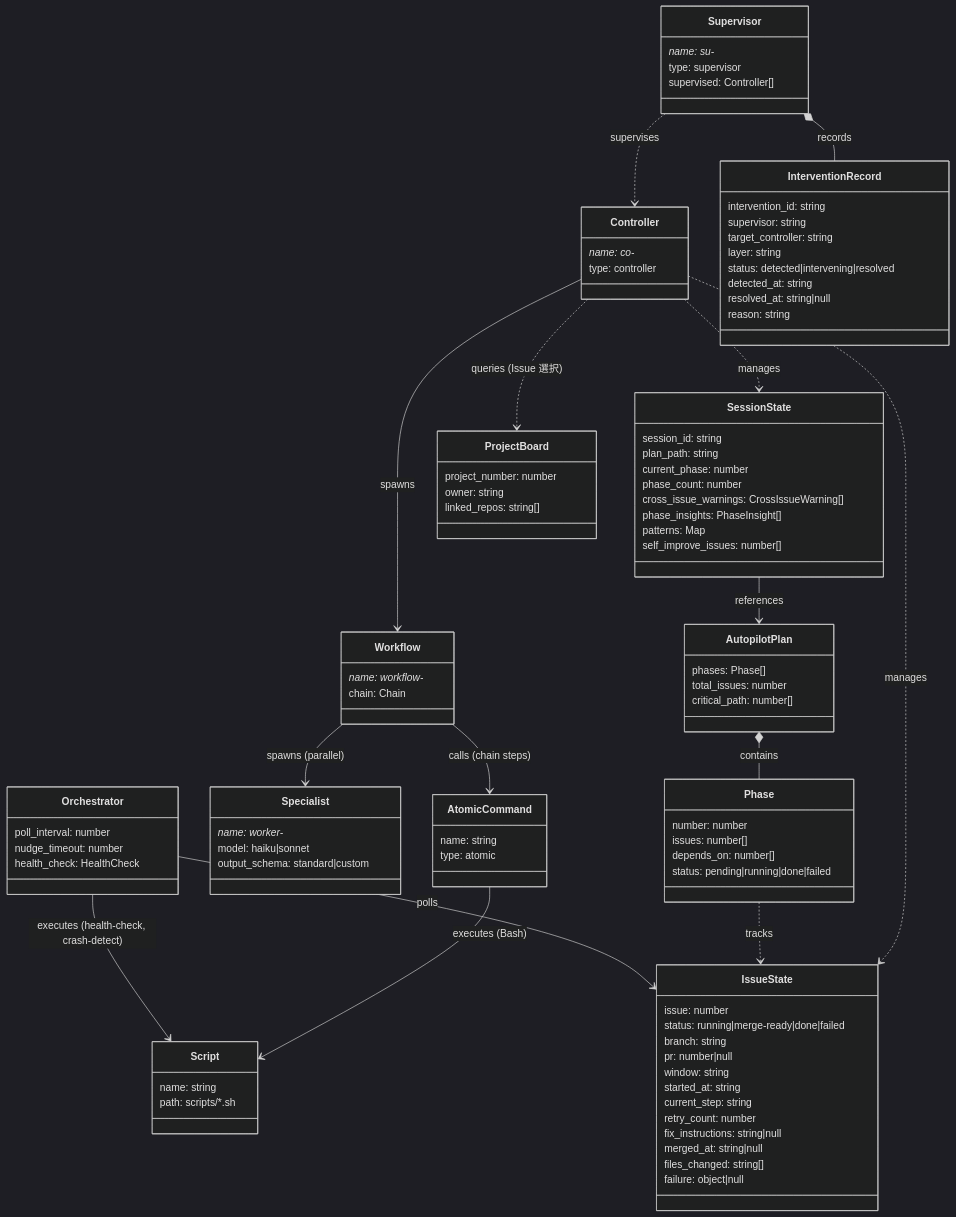
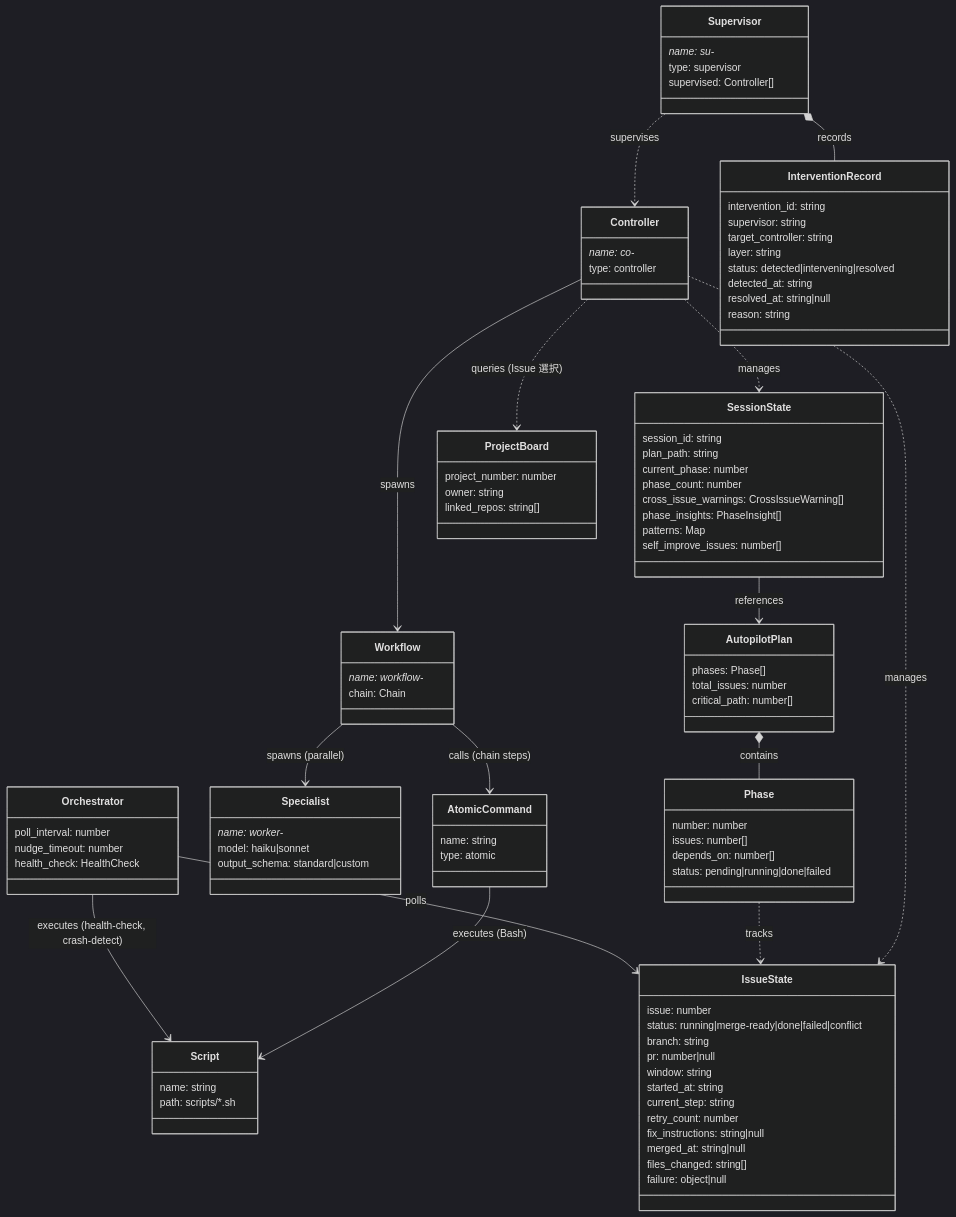
Before and after one commit to shuu5/twill: the first of 6 diagrams in plugins/twl/architecture/domain/model.md, drawn with Mermaid (dark theme). The commit also changed other lines of this file and 46 other files, not shown here.

First line of the commit message:
docs: architecture spec 整合 — Wave 6-11 実装後の drift 修正

```diff
--- a/plugins/twl/architecture/domain/model.md
+++ b/plugins/twl/architecture/domain/model.md
@@ -27,7 +27,7 @@
     }
     class IssueState {
         issue: number
-        status: running|merge-ready|done|failed
+        status: running|merge-ready|done|failed|conflict
         branch: string
         pr: number|null
         window: string
```
